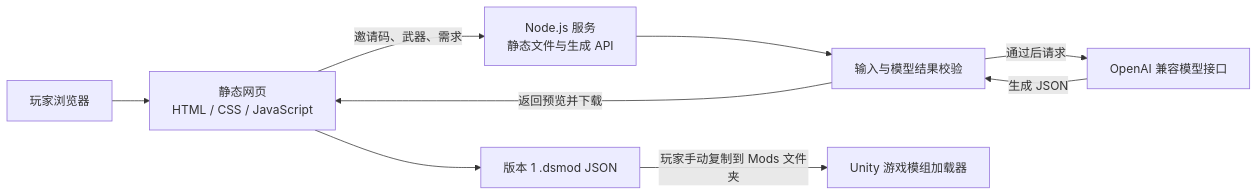
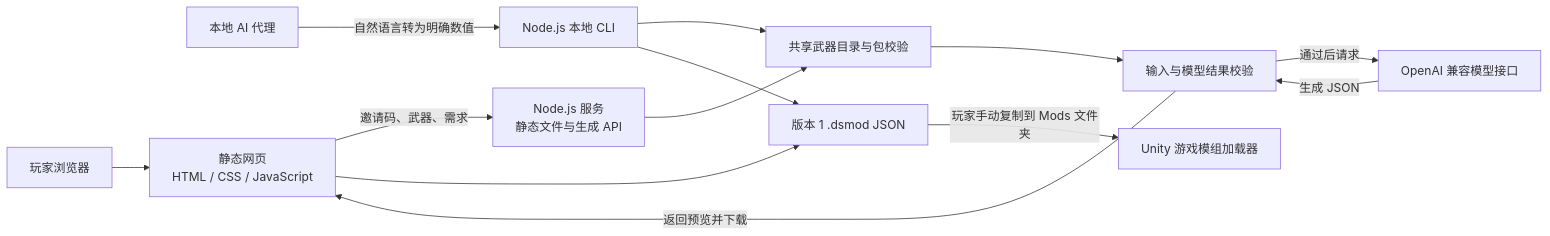
The diagram in README.md (ck-711/Mod-Agent), drawn with Mermaid before and after one commit. The commit also changed other lines of this file and 13 other files, not shown here.

````diff
--- a/README.md
+++ b/README.md
@@ -23,19 +24,26 @@
 ```mermaid
 flowchart LR
     Player[玩家浏览器]
+    Agent[本地 AI 代理]
     UI[静态网页<br/>HTML / CSS / JavaScript]
     Server[Node.js 服务<br/>静态文件与生成 API]
+    CLI[Node.js 本地 CLI]
+    Catalog[共享武器目录与包校验]
     Validate[输入与模型结果校验]
     Model[OpenAI 兼容模型接口]
     Mod[版本 1 .dsmod JSON]
     Game[Unity 游戏模组加载器]
 
     Player --> UI
+    Agent -->|自然语言转为明确数值| CLI
     UI -->|邀请码、武器、需求| Server
-    Server --> Validate
+    Server --> Catalog
+    CLI --> Catalog
+    Catalog --> Validate
     Validate -->|通过后请求| Model
     Model -->|生成 JSON| Validate
     Validate -->|返回预览并下载| UI
     UI --> Mod
+    CLI --> Mod
     Mod -->|玩家手动复制到 Mods 文件夹| Game
 ```
````
